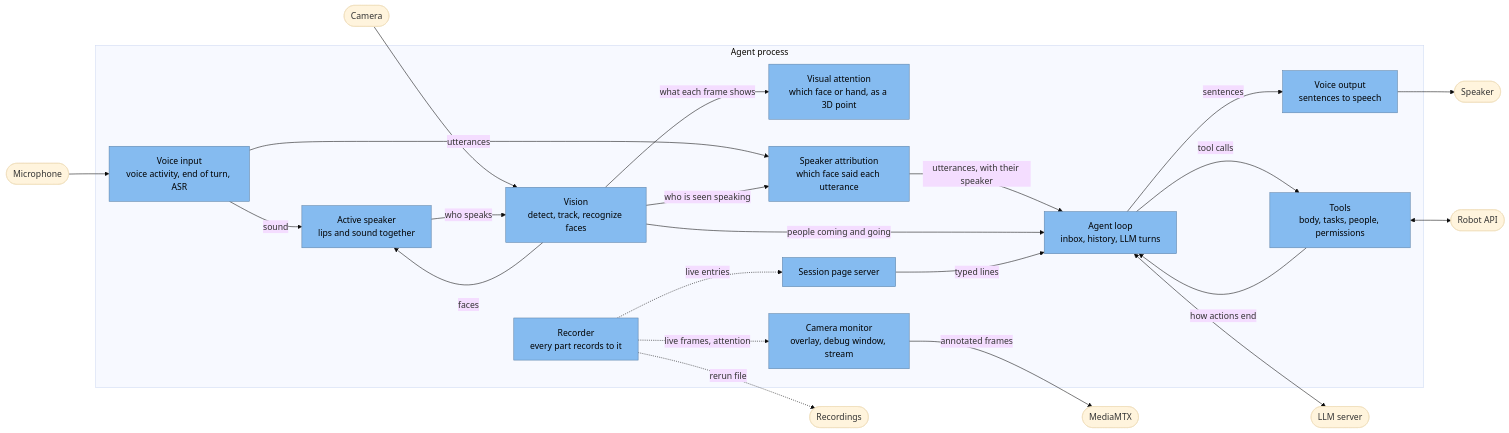
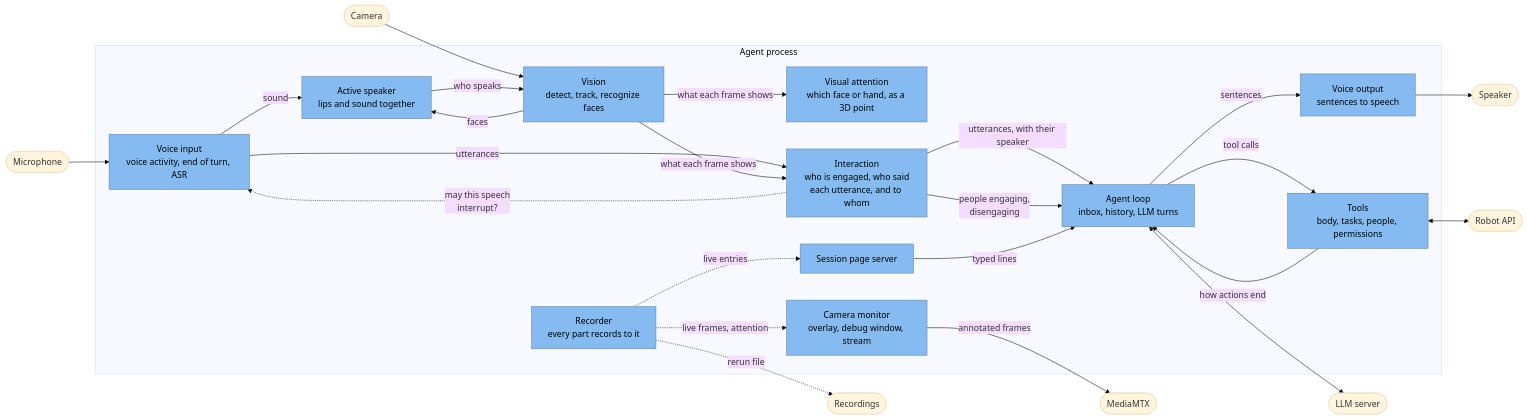
Before and after one commit to lokiledev/robot-voice-agent: the third of 9 diagrams in docs/ARCHITECTURE.md, drawn with Mermaid (base theme). The commit also changed other lines of this file and 34 other files, not shown here.

First line of the commit message:
Greet on engagement, hear only what is said to the robot, stop for a lost listener

````diff
--- a/docs/ARCHITECTURE.md
+++ b/docs/ARCHITECTURE.md
@@ -90,40 +90,41 @@
 ```mermaid
 flowchart LR
     mic([Microphone]) --> vin
     cam([Camera]) --> vision
     subgraph process ["Agent process"]
         vin["Voice input<br/>voice activity, end of turn, ASR"]
         vision["Vision<br/>detect, track, recognize faces"]
         asd["Active speaker<br/>lips and sound together"]
         att["Visual attention<br/>which face or hand, as a 3D point"]
-        who["Speaker attribution<br/>which face said each utterance"]
+        who["Interaction<br/>who is engaged, who said<br/>each utterance, and to whom"]
         mon["Camera monitor<br/>overlay, debug window, stream"]
         ui["Session page server"]
         loop["Agent loop<br/>inbox, history, LLM turns"]
         tools["Tools<br/>body, tasks, people, permissions"]
         vout["Voice output<br/>sentences to speech"]
         rec["Recorder<br/>every part records to it"]
     end
     vin -- "utterances" --> who
-    vision -- "who is seen speaking" --> who
+    vision -- "what each frame shows" --> who
     who -- "utterances, with their speaker" --> loop
+    who -- "people engaging,<br/>disengaging" --> loop
+    who -. "may this speech<br/>interrupt?" .-> vin
     vin -- "sound" --> asd
     vision -- "faces" --> asd
     asd -- "who speaks" --> vision
-    vision -- "people coming and going" --> loop
     vision -- "what each frame shows" --> att
     ui -- "typed lines" --> loop
     loop -- "sentences" --> vout
     loop -- "tool calls" --> tools
     tools -- "how actions end" --> loop
     loop <--> llm([LLM server])
     tools <--> robot([Robot API])
     vout --> spk([Speaker])
     rec -. "live frames, attention" .-> mon
     mon -- "annotated frames" --> mtx([MediaMTX])
     rec -. "live entries" .-> ui
     rec -. "rerun file" .-> disk([Recordings])
 
     classDef component fill:#85bbf0,stroke:#5d82a8,color:#000
     class vin,vision,asd,att,who,mon,loop,tools,vout,ui,rec component
 ```
````
